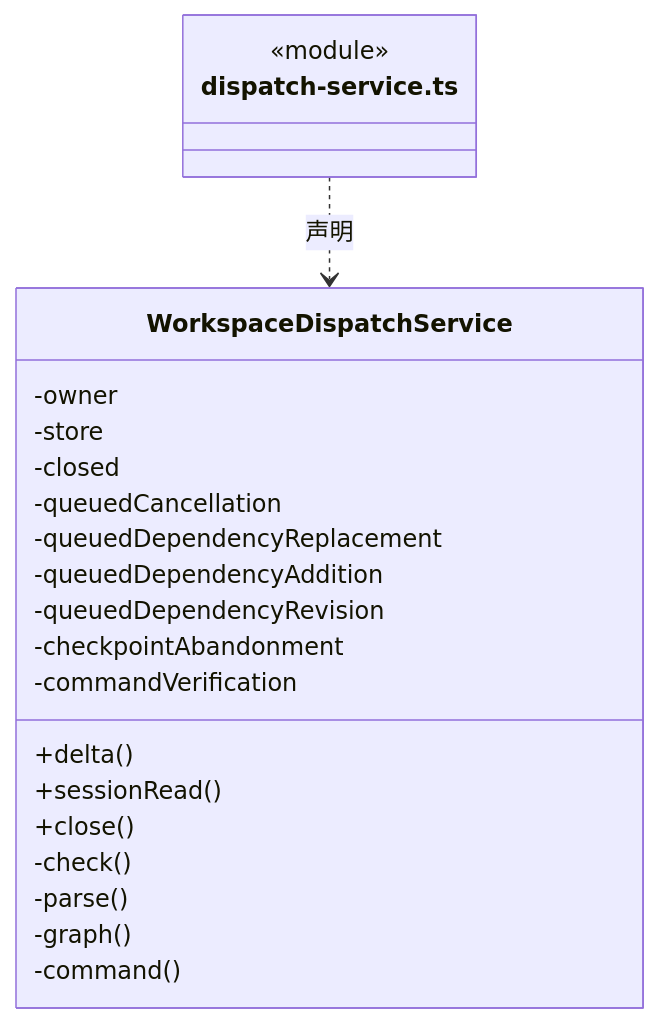
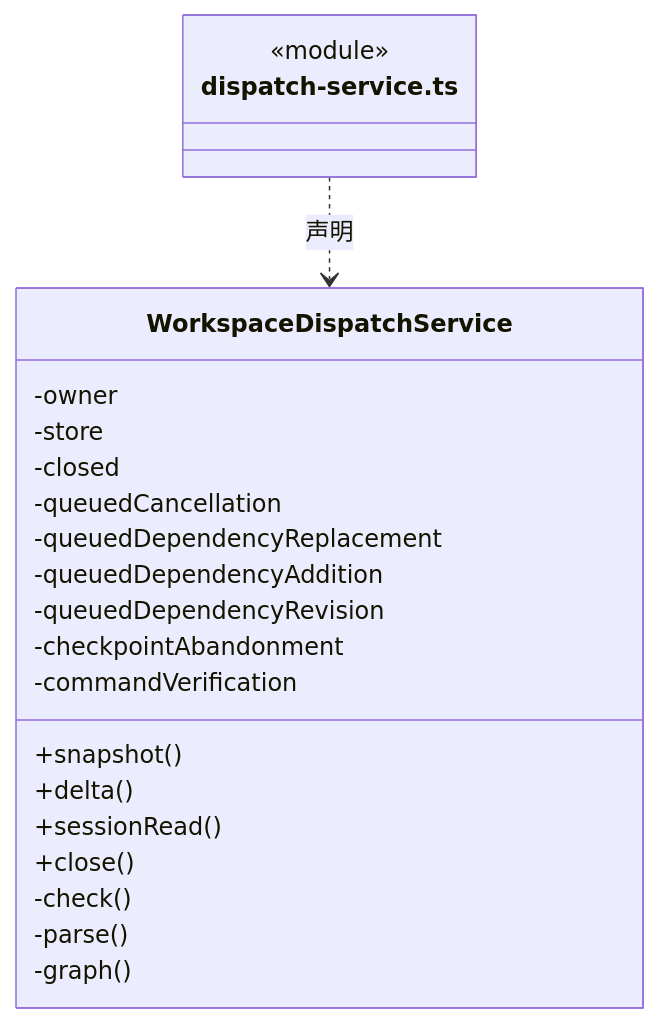
Before and after one commit to nan023062/cbim: the eighth of 14 diagrams in src/backend/scheduler-engine/dispatch/ARCHITECTURE.md, drawn with Mermaid. The commit also changed other lines of this file and 130 other files, not shown here.

````diff
--- a/src/backend/scheduler-engine/dispatch/ARCHITECTURE.md
+++ b/src/backend/scheduler-engine/dispatch/ARCHITECTURE.md
@@ -228,25 +258,25 @@
 ```mermaid
 classDiagram
 class N_src_backend_scheduler_engine_dispatch_dispatch_service_ts["dispatch-service.ts"] {
   <<module>>
 }
 class N_src_backend_scheduler_engine_dispatch_dispatch_service_ts_WorkspaceDispatchService["WorkspaceDispatchService"] {
+  +snapshot()
   +delta()
   +sessionRead()
   +close()
   -owner
   -store
   -closed
   -queuedCancellation
   -queuedDependencyReplacement
   -queuedDependencyAddition
   -queuedDependencyRevision
   -checkpointAbandonment
   -commandVerification
   -check()
   -parse()
   -graph()
-  -command()
 }
 N_src_backend_scheduler_engine_dispatch_dispatch_service_ts ..> N_src_backend_scheduler_engine_dispatch_dispatch_service_ts_WorkspaceDispatchService : 声明
 ```
````
